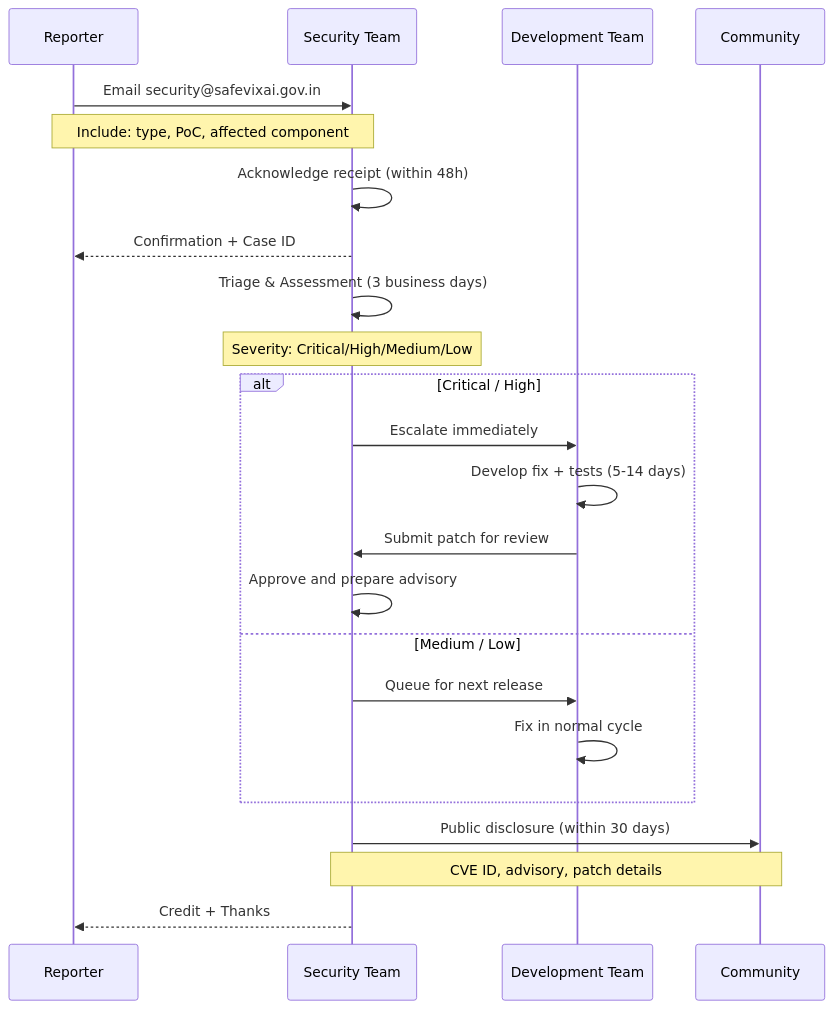
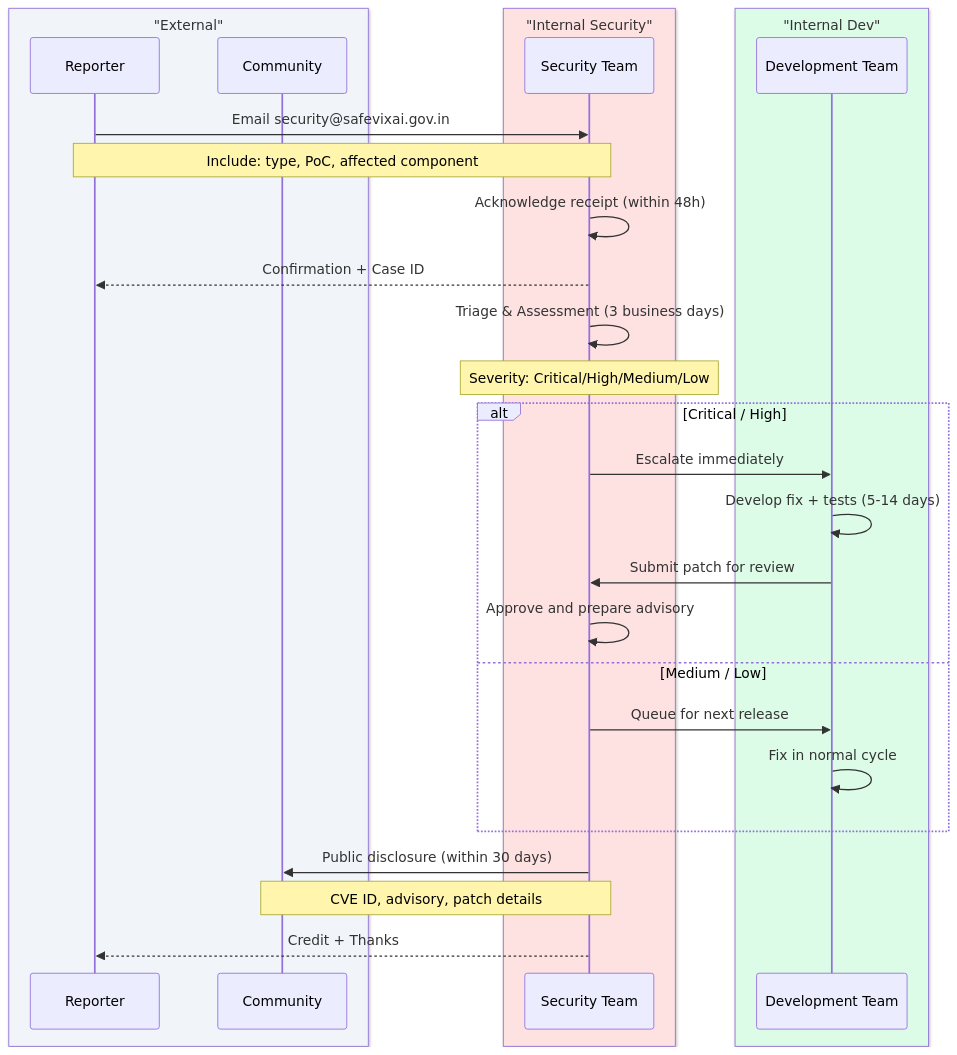
Before and after one commit to SafeVixAI/SafeVixAI: the second of 2 diagrams in SECURITY.md, drawn with Mermaid. The commit also changed other lines of this file and 85 other files, not shown here.

Commit message:
docs: Fix Mermaid diagrams, resolve relative link warnings, and ensure clean mkdocs build

````diff
--- a/SECURITY.md
+++ b/SECURITY.md
@@ -50,31 +62,37 @@
 ```mermaid
 sequenceDiagram
+    box rgb(241, 245, 249) "External"
     participant R as Reporter
+    participant COM as Community
+    end
+    box rgb(254, 226, 226) "Internal Security"
     participant S as Security Team
+    end
+    box rgb(220, 252, 231) "Internal Dev"
     participant DEV as Development Team
-    participant COM as Community
+    end
 
     R->>S: Email security@safevixai.gov.in
     Note over R,S: Include: type, PoC, affected component
 
     S->>S: Acknowledge receipt (within 48h)
     S-->>R: Confirmation + Case ID
 
     S->>S: Triage & Assessment (3 business days)
     Note over S: Severity: Critical/High/Medium/Low
 
     alt Critical / High
         S->>DEV: Escalate immediately
         DEV->>DEV: Develop fix + tests (5-14 days)
         DEV->>S: Submit patch for review
         S->>S: Approve and prepare advisory
     else Medium / Low
         S->>DEV: Queue for next release
         DEV->>DEV: Fix in normal cycle
     end
 
     S->>COM: Public disclosure (within 30 days)
     Note over S,COM: CVE ID, advisory, patch details
 
     S-->>R: Credit + Thanks
 ```
````
